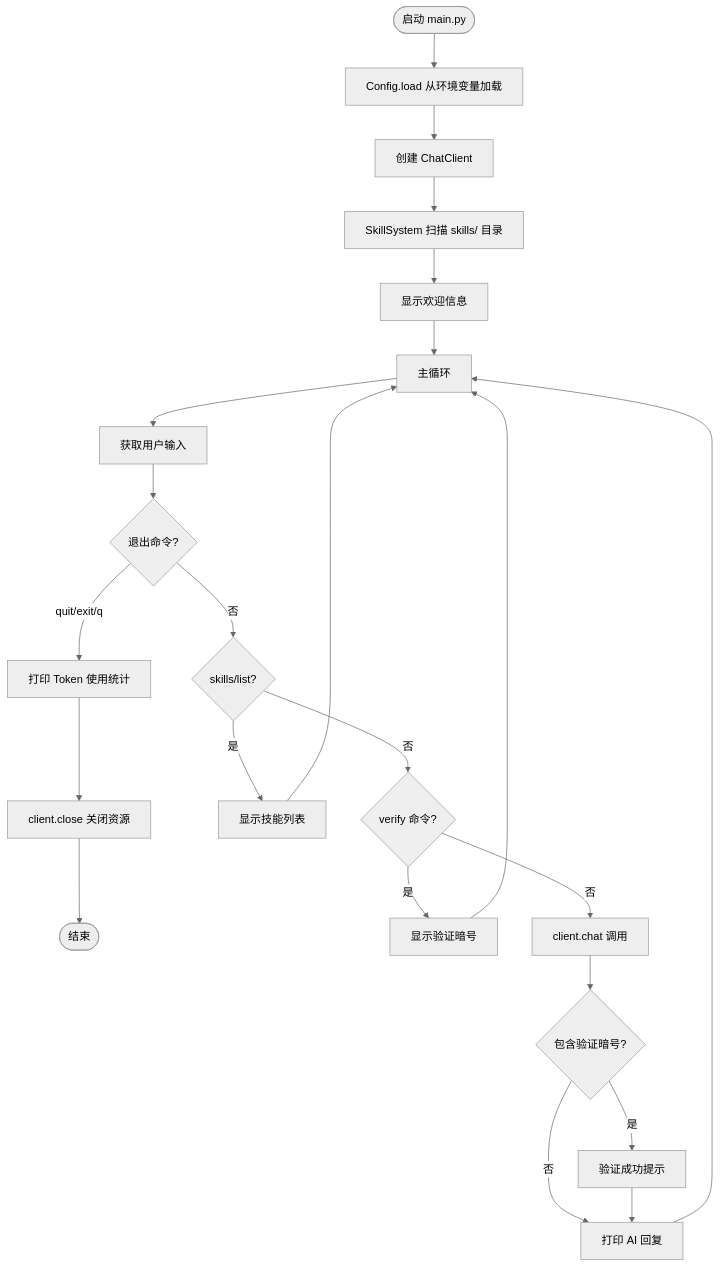
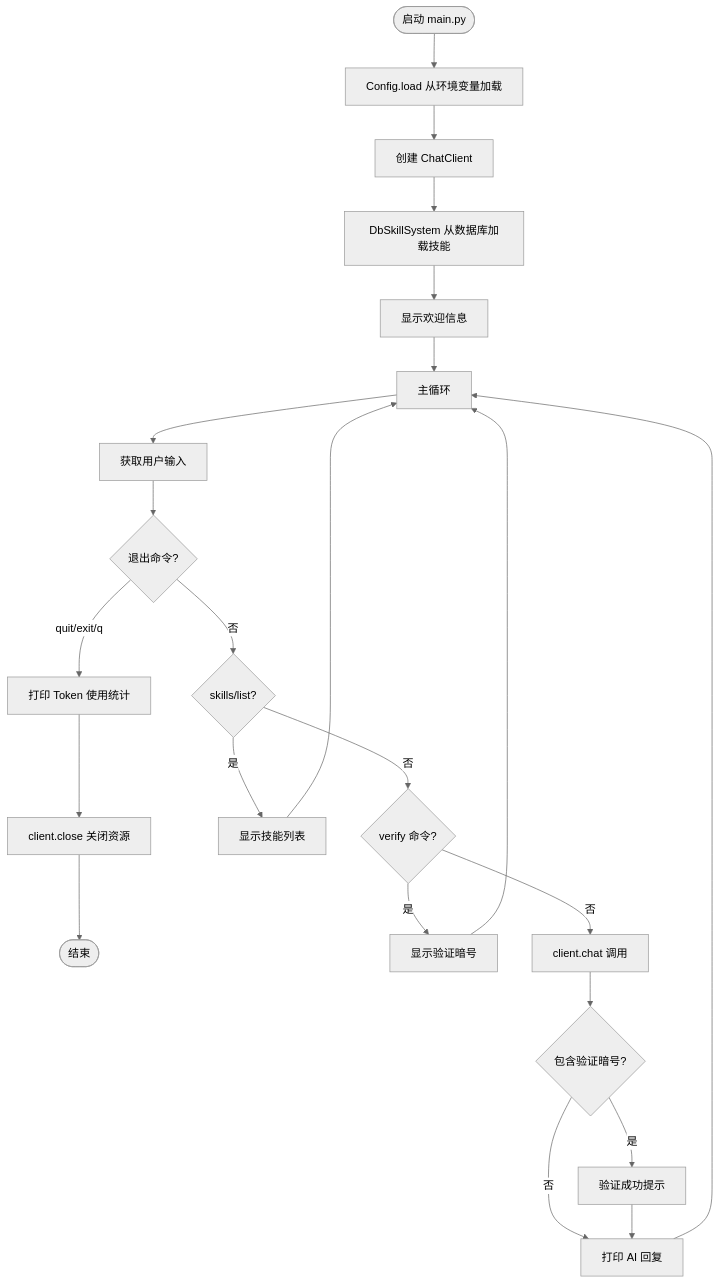
Before and after one commit to MEO-wj/OA_Reader_APP: diagram 11 of 12 in ai_end/README.md, drawn with Mermaid (neutral theme). The commit also changed other lines of this file and 6 other files, not shown here.

````diff
--- a/ai_end/README.md
+++ b/ai_end/README.md
@@ -646,29 +633,29 @@
 ```mermaid
 flowchart TB
     Start([启动 main.py]) --> LoadConfig[Config.load 从环境变量加载]
     LoadConfig --> CreateClient[创建 ChatClient]
-    CreateClient --> InitSkills[SkillSystem 扫描 skills/ 目录]
+    CreateClient --> InitSkills[DbSkillSystem 从数据库加载技能]
     InitSkills --> ShowBanner[显示欢迎信息]
     ShowBanner --> MainLoop[主循环]
 
     MainLoop --> GetInput[获取用户输入]
     GetInput --> CheckQuit{退出命令?}
     CheckQuit -->|quit/exit/q| PrintUsage[打印 Token 使用统计]
     PrintUsage --> CloseClient[client.close 关闭资源]
     CloseClient --> End([结束])
 
     CheckQuit -->|否| CheckList{skills/list?}
     CheckList -->|是| ListSkills[显示技能列表]
     ListSkills --> MainLoop
 
     CheckList -->|否| CheckVerify{verify 命令?}
     CheckVerify -->|是| ShowToken[显示验证暗号]
     ShowToken --> MainLoop
 
     CheckVerify -->|否| ChatCall[client.chat 调用]
     ChatCall --> CheckToken{包含验证暗号?}
     CheckToken -->|是| PrintSuccess[验证成功提示]
     CheckToken -->|否| PrintResponse[打印 AI 回复]
     PrintSuccess --> PrintResponse
     PrintResponse --> MainLoop
 ```
````
